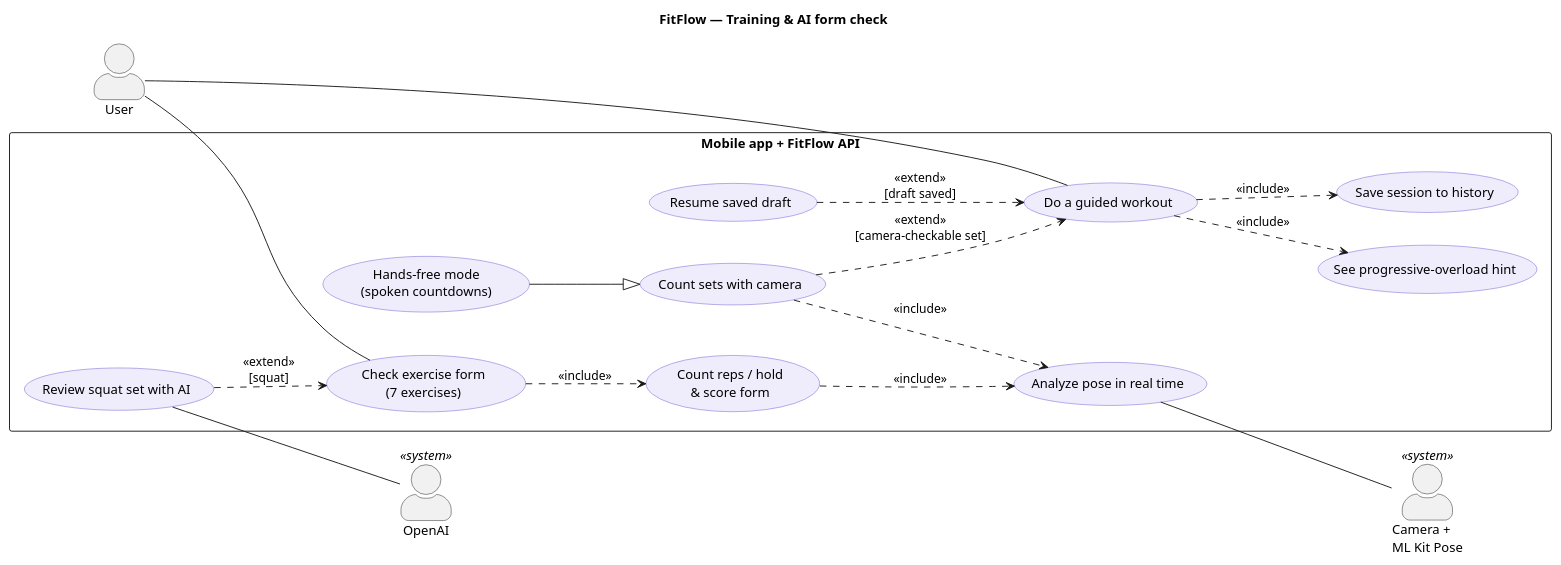
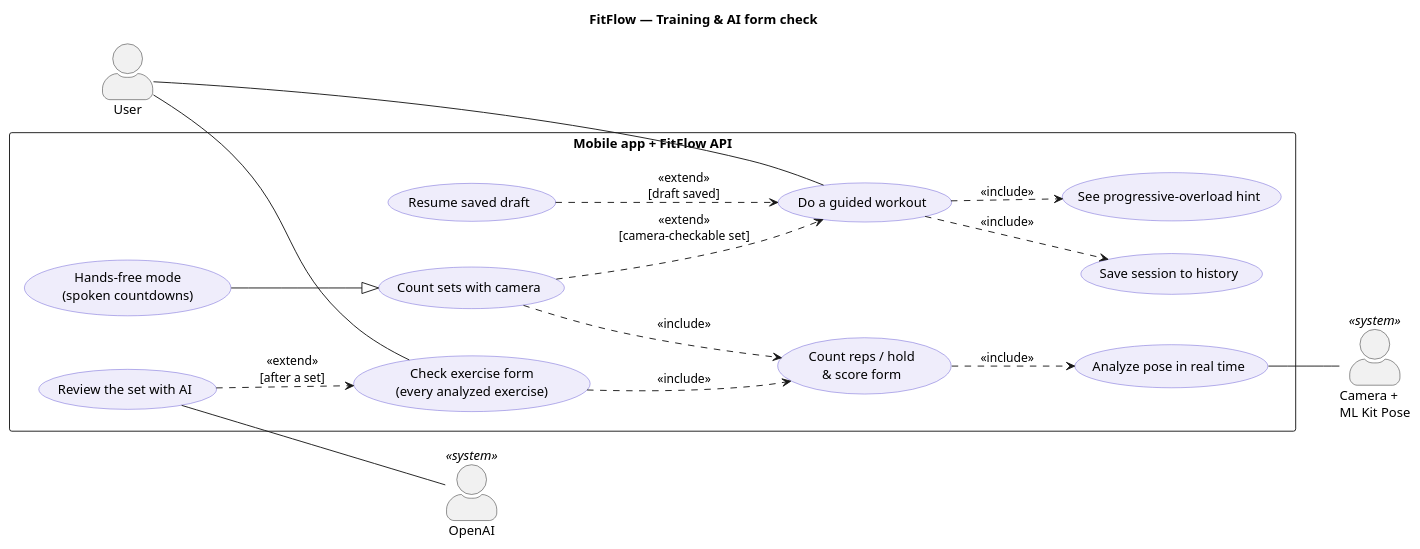
The fourth of 7 diagrams in docs/usecase.puml (PRM-393-G5/fitflow), drawn with PlantUML before and after one commit. The commit also changed other lines of this file and 10 other files, not shown here.

```diff
--- a/docs/usecase.puml
+++ b/docs/usecase.puml
@@ -126,38 +130,38 @@
 @startuml fitflow-usecase-training-form-check
 title FitFlow — Training & AI form check
 left to right direction
 skinparam packageStyle rectangle
 skinparam actorStyle awesome
 skinparam usecase {
   BackgroundColor #EFEDFB
   BorderColor #6558D3
 }
 actor "User" as user
 actor "Camera +\nML Kit Pose" as camera <<system>>
 actor "OpenAI" as openai <<system>>
 rectangle "Mobile app + FitFlow API" {
   usecase "Do a guided workout" as t1
   usecase "See progressive-overload hint" as t2
   usecase "Save session to history" as t3
   usecase "Resume saved draft" as t4
   usecase "Count sets with camera" as t5
   usecase "Hands-free mode\n(spoken countdowns)" as t6
-  usecase "Check exercise form\n(7 exercises)" as f1
+  usecase "Check exercise form\n(every analyzed exercise)" as f1
   usecase "Count reps / hold\n& score form" as f3
   usecase "Analyze pose in real time" as f2
-  usecase "Review squat set with AI" as f4
+  usecase "Review the set with AI" as f4
 }
 user -- t1
 user -- f1
 t1 ..> t2 : <<include>>
 t1 ..> t3 : <<include>>
 t4 ..> t1 : <<extend>>\n[draft saved]
 t5 ..> t1 : <<extend>>\n[camera-checkable set]
 t6 --|> t5
-t5 ..> f2 : <<include>>
+t5 ..> f3 : <<include>>
 f1 ..> f3 : <<include>>
 f3 ..> f2 : <<include>>
 f2 -- camera
-f4 ..> f1 : <<extend>>\n[squat]
+f4 ..> f1 : <<extend>>\n[after a set]
 f4 -- openai
 @enduml
```
